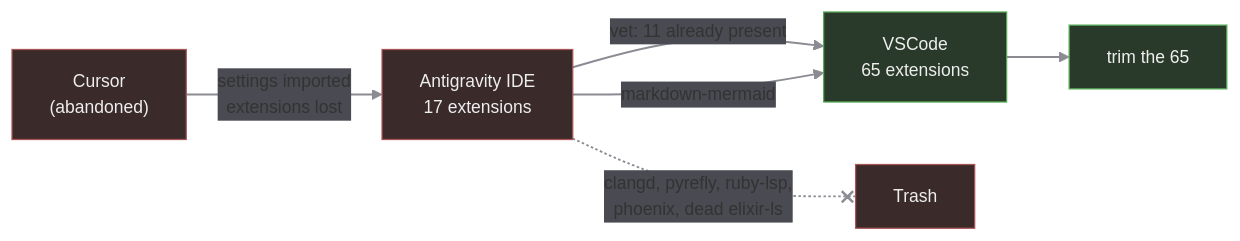
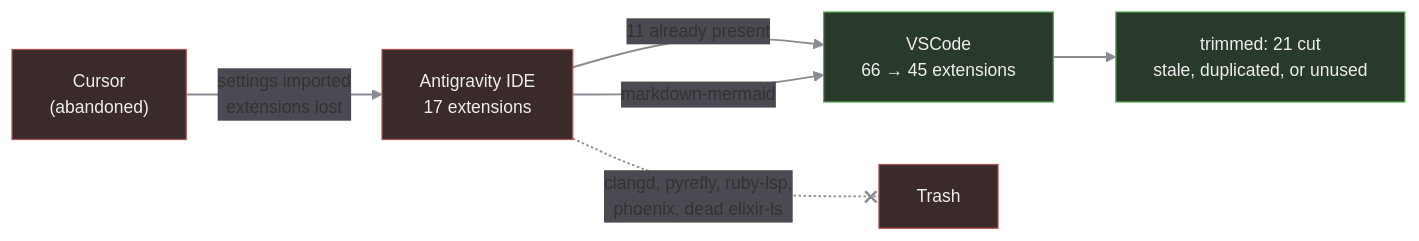
The diagram in README-VSCode.md (daneroo/dotfiles), drawn with Mermaid before and after one commit. The commit also changed other lines of this file, not shown here.

First line of the commit message:
docs: record the trimmed VSCode extension set (66 -> 45)

````diff
--- a/README-VSCode.md
+++ b/README-VSCode.md
@@ -11,26 +11,26 @@
 ```mermaid
 %%{init: {"theme":"base","themeVariables":{
   "lineColor":"#8b8b93",
   "edgeLabelBackground":"#4a4a52",
   "textColor":"#e6e6e6",
   "fontSize":"14px"
 }}}%%
 flowchart LR
     Cursor["Cursor<br/>(abandoned)"]
     AGY["Antigravity IDE<br/>17 extensions"]
-    VSC["VSCode<br/>65 extensions"]
+    VSC["VSCode<br/>66 → 45 extensions"]
 
     Cursor -- "settings imported<br/>extensions lost" --> AGY
-    AGY -- "vet: 11 already present" --> VSC
+    AGY -- "11 already present" --> VSC
     AGY -- "markdown-mermaid" --> VSC
     AGY -. "clangd, pyrefly, ruby-lsp,<br/>phoenix, dead elixir-ls" .-x Trash
 
-    VSC --> Trim["trim the 65"]
+    VSC --> Trim["trimmed: 21 cut<br/>stale, duplicated, or unused"]
 
     linkStyle default stroke:#8b8b93,stroke-width:1.5px
 
     classDef gone fill:#3a2a2a,stroke:#a55,color:#eee
     classDef keep fill:#2a3a2a,stroke:#5a5,color:#eee
     class Cursor,AGY,Trash gone
     class VSC,Trim keep
 ```
````
